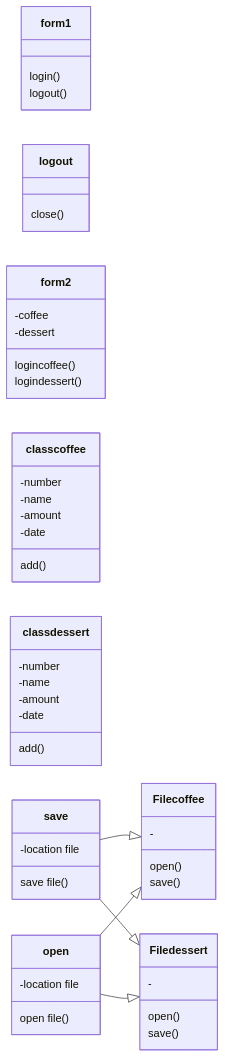
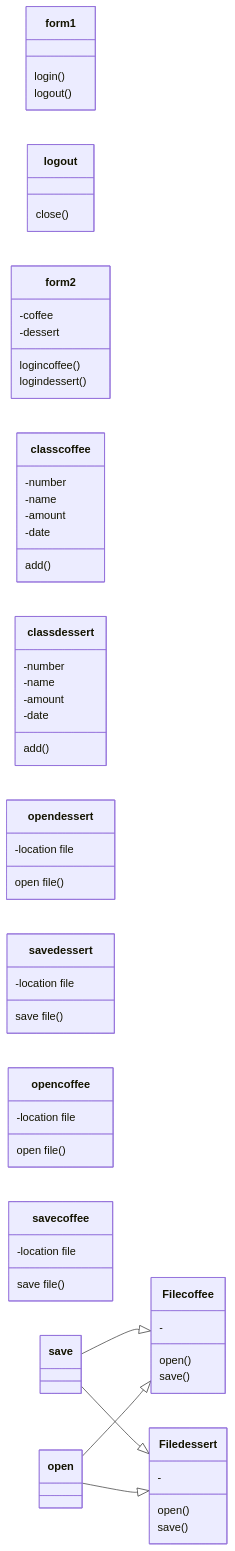
The diagram in README.md (Syxsaran/ReportSalesCoffee), drawn with Mermaid before and after one commit.

````diff
--- a/README.md
+++ b/README.md
@@ -11,53 +11,61 @@
 ```mermaid
 classDiagram
   direction LR
   class form1{
   login()
   logout()
   }
   class logout{
   close()
   }
   class form2{
   -coffee
   -dessert
   logincoffee()
   logindessert()
   }
   class classcoffee{
   -number
   -name
   -amount
   -date
   add()
   }
   class classdessert{
   -number
   -name
   -amount
   -date
   add()
   }
   class Filecoffee{
   -
   open()
   save()
   }
   class Filedessert{
   -
   open()
   save()
   }
-  class open{
+  class opendessert{
   -location file
   open file()
   }
-  class save{
+  class savedessert{
+  -location file
+  save file()
+  }
+  class opencoffee{
+  -location file
+  open file()
+  }
+  class savecoffee{
   -location file
   save file()
   }
   save --|> Filecoffee
   open --|> Filecoffee
   save --|> Filedessert
   open --|> Filedessert
   ```
````
